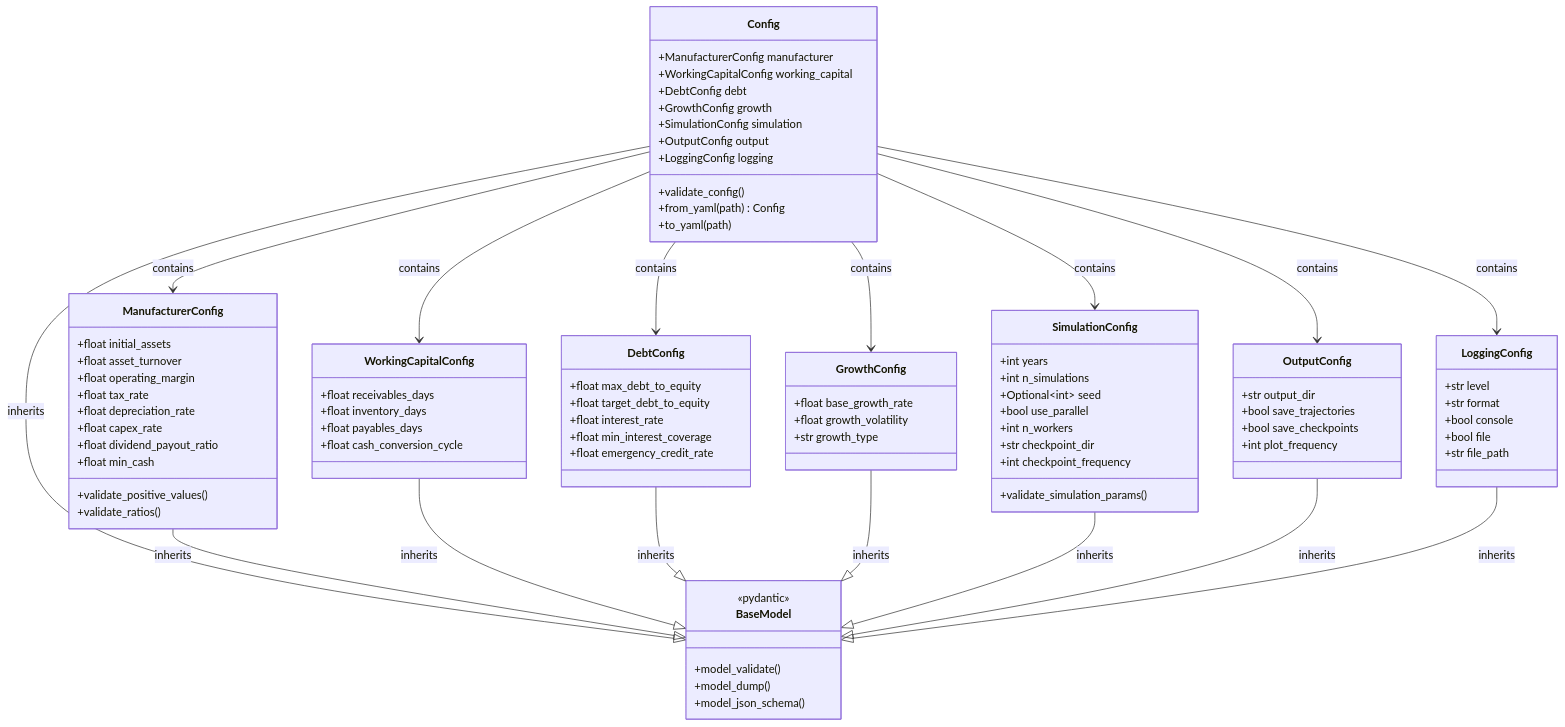
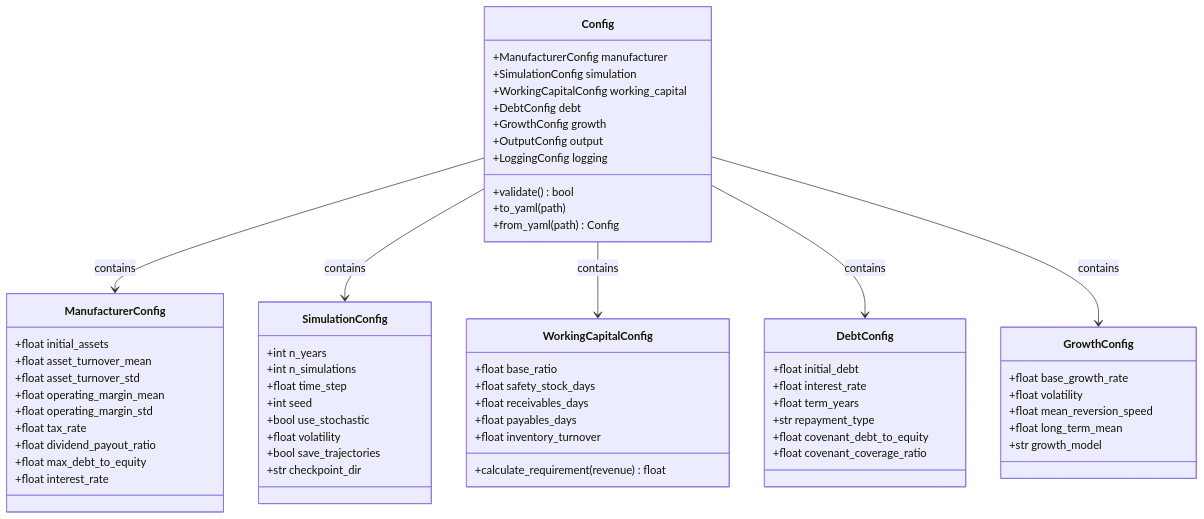
One commit to AlexFiliakov/Ergodic-Insurance-Limits changed the first of 6 diagrams in ergodic_insurance/docs/architecture/class_diagrams/data_models.md. Above: the diagram before and after it, drawn with Mermaid. The commit also changed other lines of this file and 24 other files, not shown here.

````diff
--- a/ergodic_insurance/docs/architecture/class_diagrams/data_models.md
+++ b/ergodic_insurance/docs/architecture/class_diagrams/data_models.md
@@ -8,99 +5,70 @@
 ```mermaid
 classDiagram
-    class BaseModel {
-        <<pydantic>>
-        +model_validate()
-        +model_dump()
-        +model_json_schema()
-    }
-
     class Config {
         +ManufacturerConfig manufacturer
+        +SimulationConfig simulation
         +WorkingCapitalConfig working_capital
         +DebtConfig debt
         +GrowthConfig growth
-        +SimulationConfig simulation
         +OutputConfig output
         +LoggingConfig logging
-        +validate_config()
+        +validate() bool
+        +to_yaml(path)
         +from_yaml(path) Config
-        +to_yaml(path)
     }
 
     class ManufacturerConfig {
         +float initial_assets
-        +float asset_turnover
-        +float operating_margin
+        +float asset_turnover_mean
+        +float asset_turnover_std
+        +float operating_margin_mean
+        +float operating_margin_std
         +float tax_rate
-        +float depreciation_rate
-        +float capex_rate
         +float dividend_payout_ratio
-        +float min_cash
-        +validate_positive_values()
-        +validate_ratios()
+        +float max_debt_to_equity
+        +float interest_rate
+    }
+
+    class SimulationConfig {
+        +int n_years
+        +int n_simulations
+        +float time_step
+        +int seed
+        +bool use_stochastic
+        +float volatility
+        +bool save_trajectories
+        +str checkpoint_dir
     }
 
     class WorkingCapitalConfig {
+        +float base_ratio
+        +float safety_stock_days
         +float receivables_days
-        +float inventory_days
         +float payables_days
-        +float cash_conversion_cycle
+        +float inventory_turnover
+        +calculate_requirement(revenue) float
     }
 
     class DebtConfig {
-        +float max_debt_to_equity
-        +float target_debt_to_equity
+        +float initial_debt
         +float interest_rate
-        +float min_interest_coverage
-        +float emergency_credit_rate
-    }
-
-    class SimulationConfig {
-        +int years
-        +int n_simulations
-        +Optional~int~ seed
-        +bool use_parallel
-        +int n_workers
-        +str checkpoint_dir
-        +int checkpoint_frequency
-        +validate_simulation_params()
+        +float term_years
+        +str repayment_type
+        +float covenant_debt_to_equity
+        +float covenant_coverage_ratio
     }
 
     class GrowthConfig {
         +float base_growth_rate
-        +float growth_volatility
-        +str growth_type
+        +float volatility
+        +float mean_reversion_speed
+        +float long_term_mean
+        +str growth_model
     }
 
-    class OutputConfig {
-        +str output_dir
-        +bool save_trajectories
-        +bool save_checkpoints
-        +int plot_frequency
-    }
-
-    class LoggingConfig {
-        +str level
-        +str format
-        +bool console
-        +bool file
-        +str file_path
-    }
-
-    Config --|> BaseModel: inherits
-    ManufacturerConfig --|> BaseModel: inherits
-    WorkingCapitalConfig --|> BaseModel: inherits
-    DebtConfig --|> BaseModel: inherits
-    GrowthConfig --|> BaseModel: inherits
-    SimulationConfig --|> BaseModel: inherits
-    OutputConfig --|> BaseModel: inherits
-    LoggingConfig --|> BaseModel: inherits
-
-    Config --> ManufacturerConfig: contains
-    Config --> WorkingCapitalConfig: contains
-    Config --> DebtConfig: contains
-    Config --> GrowthConfig: contains
-    Config --> SimulationConfig: contains
-    Config --> OutputConfig: contains
-    Config --> LoggingConfig: contains
+    Config --> ManufacturerConfig : contains
+    Config --> SimulationConfig : contains
+    Config --> WorkingCapitalConfig : contains
+    Config --> DebtConfig : contains
+    Config --> GrowthConfig : contains
 ```
````
